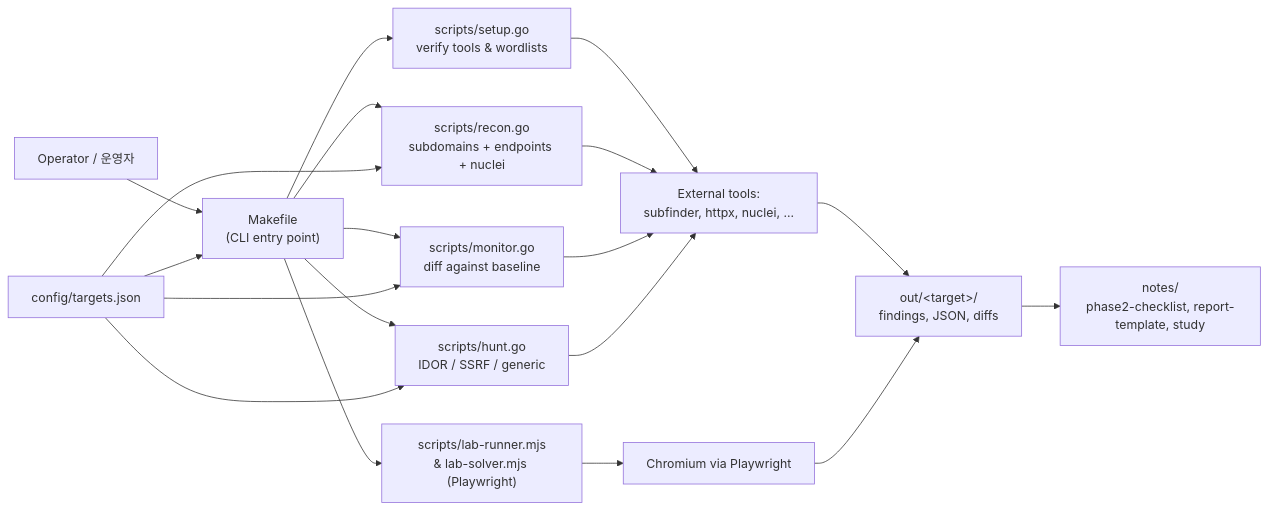
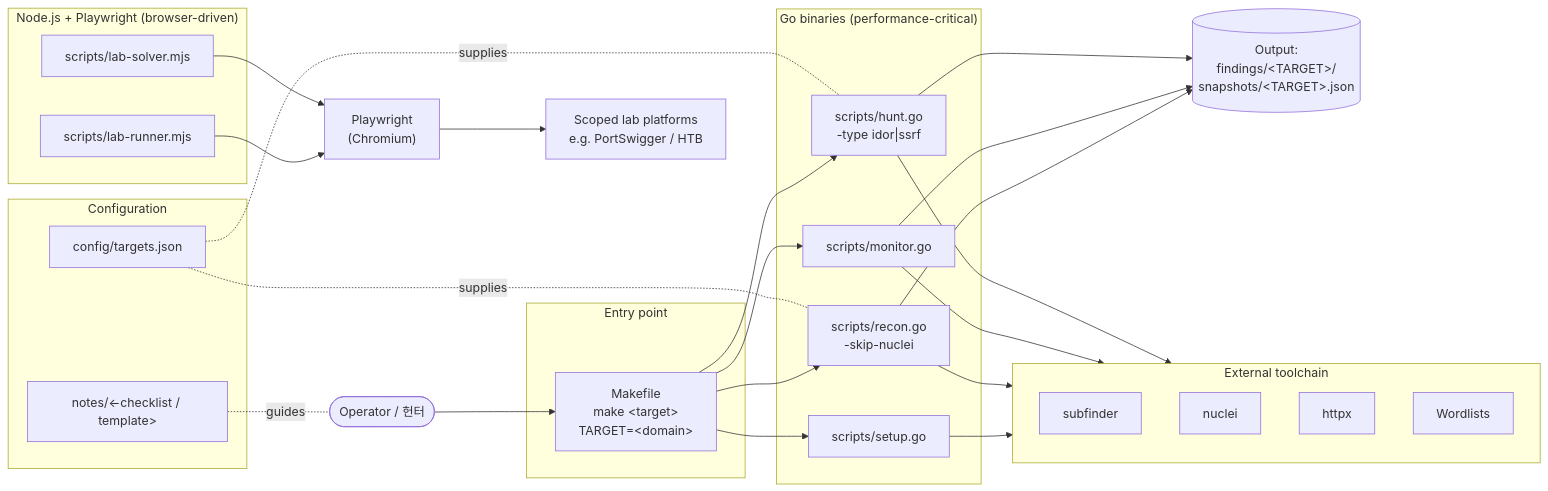
Before and after one commit to jclee941/bug: the diagram in README.md, drawn with Mermaid. The commit also changed other lines of this file, not shown here.

````diff
--- a/README.md
+++ b/README.md
@@ -76,21 +95,57 @@
 ```mermaid
 flowchart LR
-    User["Operator / 운영자"] --> Make["Makefile<br/>(CLI entry point)"]
-    Make --> GoSetup["scripts/setup.go<br/>verify tools &amp; wordlists"]
-    Make --> GoRecon["scripts/recon.go<br/>subdomains + endpoints + nuclei"]
-    Make --> GoMonitor["scripts/monitor.go<br/>diff against baseline"]
-    Make --> GoHunt["scripts/hunt.go<br/>IDOR / SSRF / generic"]
-    Make --> NodeLab["scripts/lab-runner.mjs<br/>&amp; lab-solver.mjs (Playwright)"]
-    GoSetup --> Tools["External tools:<br/>subfinder, httpx, nuclei, ..."]
-    GoRecon --> Tools
-    GoMonitor --> Tools
-    GoHunt --> Tools
-    Tools --> Out["out/&lt;target&gt;/<br/>findings, JSON, diffs"]
-    NodeLab --> Browser["Chromium via Playwright"]
-    Browser --> Out
-    Out --> Notes["notes/<br/>phase2-checklist, report-template, study"]
-    Config["config/targets.json"] --> Make
-    Config --> GoRecon
-    Config --> GoMonitor
-    Config --> GoHunt
+    Operator(["Operator / 헌터"])
+
+    subgraph Entry["Entry point"]
+        MF["Makefile<br/>make &lt;target&gt;<br/>TARGET=&lt;domain&gt;"]
+    end
+
+    subgraph GoBinaries["Go binaries (performance-critical)"]
+        Setup["scripts/setup.go"]
+        Recon["scripts/recon.go<br/>-skip-nuclei"]
+        Monitor["scripts/monitor.go"]
+        Hunt["scripts/hunt.go<br/>-type idor|ssrf"]
+    end
+
+    subgraph NodeLabs["Node.js + Playwright (browser-driven)"]
+        Runner["scripts/lab-runner.mjs"]
+        Solver["scripts/lab-solver.mjs"]
+    end
+
+    subgraph Config["Configuration"]
+        Targets["config/targets.json"]
+        Notes["notes/&lt;-checklist / template&gt;"]
+    end
+
+    subgraph Tools["External toolchain"]
+        Subfinder["subfinder"]
+        Nuclei["nuclei"]
+        Httpx["httpx"]
+        Wordlists["Wordlists"]
+    end
+
+    Output[("Output:<br/>findings/&lt;TARGET&gt;/<br/>snapshots/&lt;TARGET&gt;.json")]
+
+    Operator --> MF
+    MF --> Setup
+    MF --> Recon
+    MF --> Monitor
+    MF --> Hunt
+
+    Targets -. supplies .- Recon
+    Targets -. supplies .- Hunt
+    Notes -. guides .- Operator
+
+    Setup --> Tools
+    Recon --> Tools
+    Monitor --> Tools
+    Hunt --> Tools
+
+    Recon --> Output
+    Monitor --> Output
+    Hunt --> Output
+
+    Runner --> PW["Playwright<br/>(Chromium)"]
+    Solver --> PW
+    PW --> LabTargets["Scoped lab platforms<br/>e.g. PortSwigger / HTB"]
 ```
````
